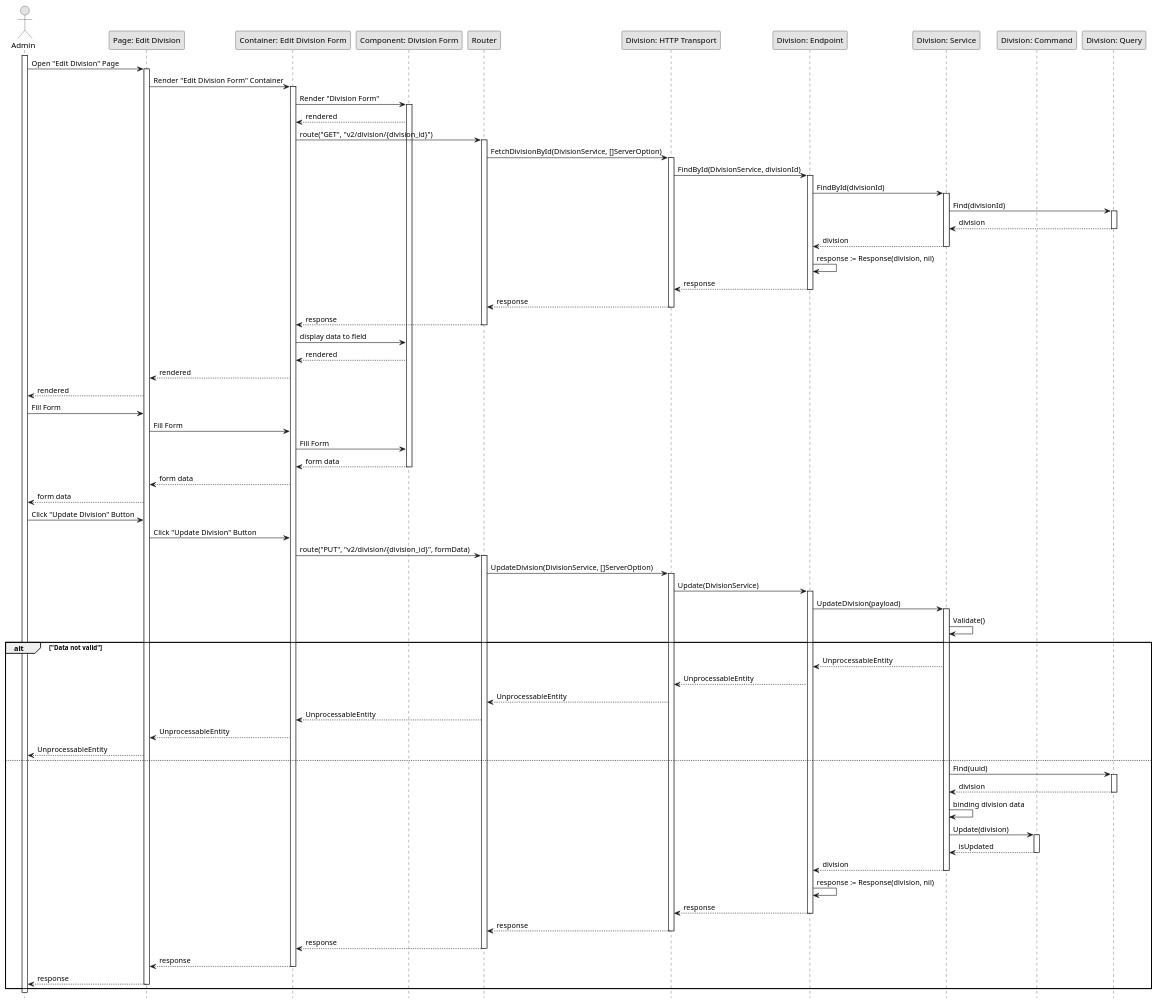
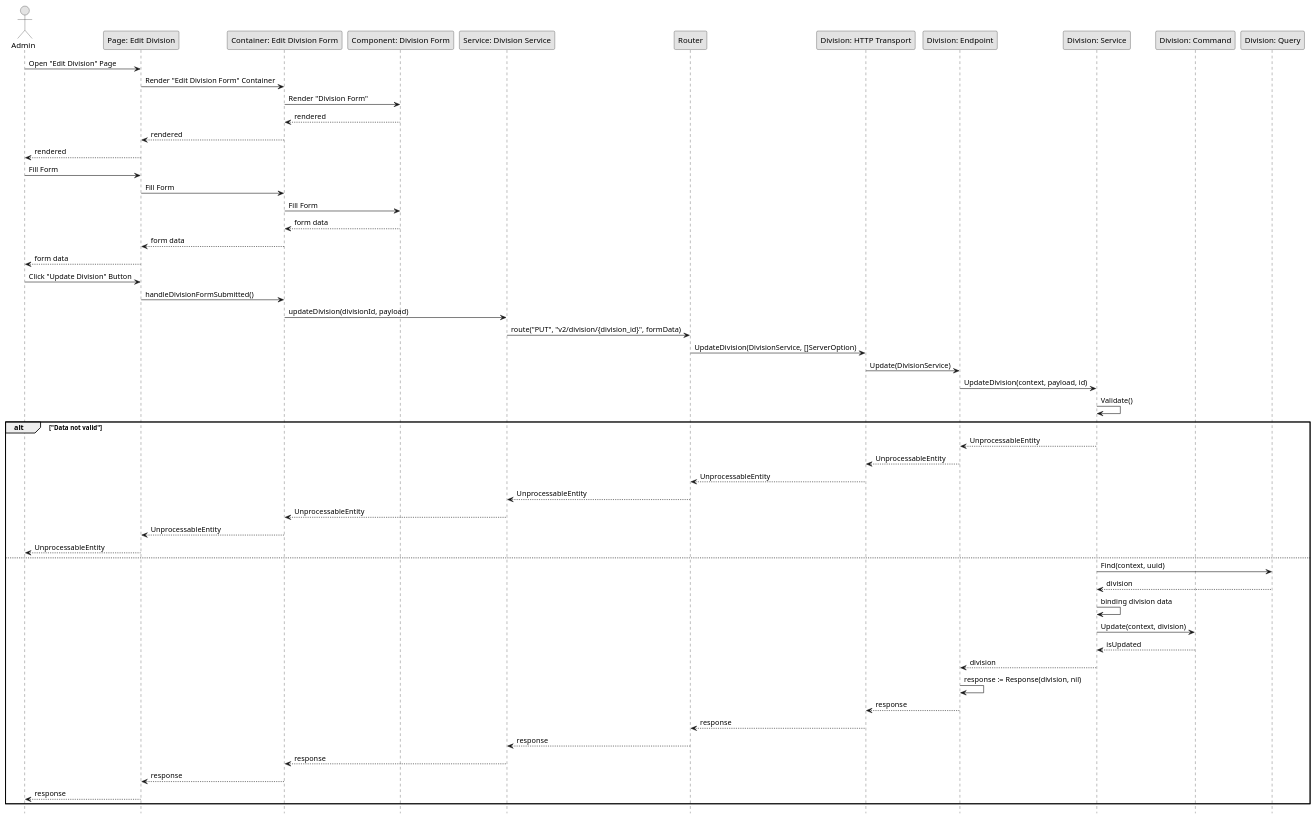
One commit to fwidjaya20/fazzlearning-uml changed the diagram in Sequence/Release01/UpdateDivision.wsd. Above: the diagram before and after it, drawn with PlantUML. The commit also changed 38 other files, not shown here.

Commit message:
fix(sequence): fix invalid sequence flow

```diff
--- a/Sequence/Release01/UpdateDivision.wsd
+++ b/Sequence/Release01/UpdateDivision.wsd
@@ -1,107 +1,66 @@
 @startuml UpdateDivision
 
 skinparam Monochrome true
 skinparam Shadowing false
 hide footbox
 
 actor Admin
 participant "Page: Edit Division" as EditDivisionPage
 participant "Container: Edit Division Form" as EditDivisionFormContainer
 participant "Component: Division Form" as DivisionForm
+participant "Service: Division Service" as FEDivisionService
 participant "Router" as Router
 participant "Division: HTTP Transport" as DivisionHTTPTransport
 participant "Division: Endpoint" as DivisionEndpoint
 participant "Division: Service" as DivisionService
 participant "Division: Command" as DivisionCommand
 participant "Division: Query" as DivisionQuery
 
-activate Admin
-
 Admin->EditDivisionPage: Open "Edit Division" Page
-activate EditDivisionPage
 EditDivisionPage->EditDivisionFormContainer: Render "Edit Division Form" Container
-activate EditDivisionFormContainer
 EditDivisionFormContainer->DivisionForm: Render "Division Form"
-activate DivisionForm
-DivisionForm-->EditDivisionFormContainer: rendered
-EditDivisionFormContainer->Router: route("GET", "v2/division/{division_id}")
-activate Router
-Router->DivisionHTTPTransport: FetchDivisionById(DivisionService, []ServerOption)
-activate DivisionHTTPTransport
-DivisionHTTPTransport->DivisionEndpoint: FindById(DivisionService, divisionId)
-activate DivisionEndpoint
-DivisionEndpoint->DivisionService: FindById(divisionId)
-activate DivisionService
-DivisionService->DivisionQuery: Find(divisionId)
-activate DivisionQuery
-DivisionQuery-->DivisionService: division
-deactivate DivisionQuery
-DivisionService-->DivisionEndpoint: division
-deactivate DivisionService
-DivisionEndpoint->DivisionEndpoint: response := Response(division, nil)
-DivisionEndpoint-->DivisionHTTPTransport: response
-deactivate DivisionEndpoint
-DivisionHTTPTransport-->Router: response
-deactivate DivisionHTTPTransport
-Router-->EditDivisionFormContainer: response
-deactivate Router
-EditDivisionFormContainer->DivisionForm: display data to field
 DivisionForm-->EditDivisionFormContainer: rendered
 EditDivisionFormContainer-->EditDivisionPage: rendered
 EditDivisionPage-->Admin: rendered
 
 Admin->EditDivisionPage: Fill Form
 EditDivisionPage->EditDivisionFormContainer: Fill Form
 EditDivisionFormContainer->DivisionForm: Fill Form
 DivisionForm-->EditDivisionFormContainer: form data
-deactivate DivisionForm
 EditDivisionFormContainer-->EditDivisionPage: form data
 EditDivisionPage-->Admin: form data
 
 Admin->EditDivisionPage: Click "Update Division" Button
-EditDivisionPage->EditDivisionFormContainer: Click "Update Division" Button
-EditDivisionFormContainer->Router: route("PUT", "v2/division/{division_id}", formData)
-activate Router
+EditDivisionPage->EditDivisionFormContainer: handleDivisionFormSubmitted()
+EditDivisionFormContainer->FEDivisionService: updateDivision(divisionId, payload)
+FEDivisionService->Router: route("PUT", "v2/division/{division_id}", formData)
 Router->DivisionHTTPTransport: UpdateDivision(DivisionService, []ServerOption)
-activate DivisionHTTPTransport
 DivisionHTTPTransport->DivisionEndpoint: Update(DivisionService)
-activate DivisionEndpoint
-DivisionEndpoint->DivisionService: UpdateDivision(payload)
-activate DivisionService
+DivisionEndpoint->DivisionService: UpdateDivision(context, payload, id)
 DivisionService->DivisionService: Validate()
 
 alt "Data not valid"
     DivisionService-->DivisionEndpoint: UnprocessableEntity
     DivisionEndpoint-->DivisionHTTPTransport: UnprocessableEntity
     DivisionHTTPTransport-->Router: UnprocessableEntity
-    Router-->EditDivisionFormContainer: UnprocessableEntity
+    Router-->FEDivisionService: UnprocessableEntity
+    FEDivisionService-->EditDivisionFormContainer: UnprocessableEntity
     EditDivisionFormContainer-->EditDivisionPage: UnprocessableEntity
     EditDivisionPage-->Admin: UnprocessableEntity
 else
-    DivisionService->DivisionQuery: Find(uuid)
-    activate DivisionQuery
+    DivisionService->DivisionQuery: Find(context, uuid)
     DivisionQuery-->DivisionService: division
-    deactivate DivisionQuery
     DivisionService->DivisionService: binding division data
-    DivisionService->DivisionCommand: Update(division)
-    activate DivisionCommand
+    DivisionService->DivisionCommand: Update(context, division)
     DivisionCommand-->DivisionService: isUpdated
-    deactivate DivisionCommand
     DivisionService-->DivisionEndpoint: division
-    deactivate DivisionService
     DivisionEndpoint->DivisionEndpoint: response := Response(division, nil)
     DivisionEndpoint-->DivisionHTTPTransport: response
-    deactivate DivisionEndpoint
     DivisionHTTPTransport-->Router: response
-    deactivate DivisionHTTPTransport
-    Router-->EditDivisionFormContainer: response
-    deactivate Router
+    Router-->FEDivisionService: response
+    FEDivisionService-->EditDivisionFormContainer: response
     EditDivisionFormContainer-->EditDivisionPage: response
-    deactivate EditDivisionFormContainer
     EditDivisionPage-->Admin: response
-    deactivate EditDivisionPage
 end
 
-deactivate Admin
-
 @enduml
```
